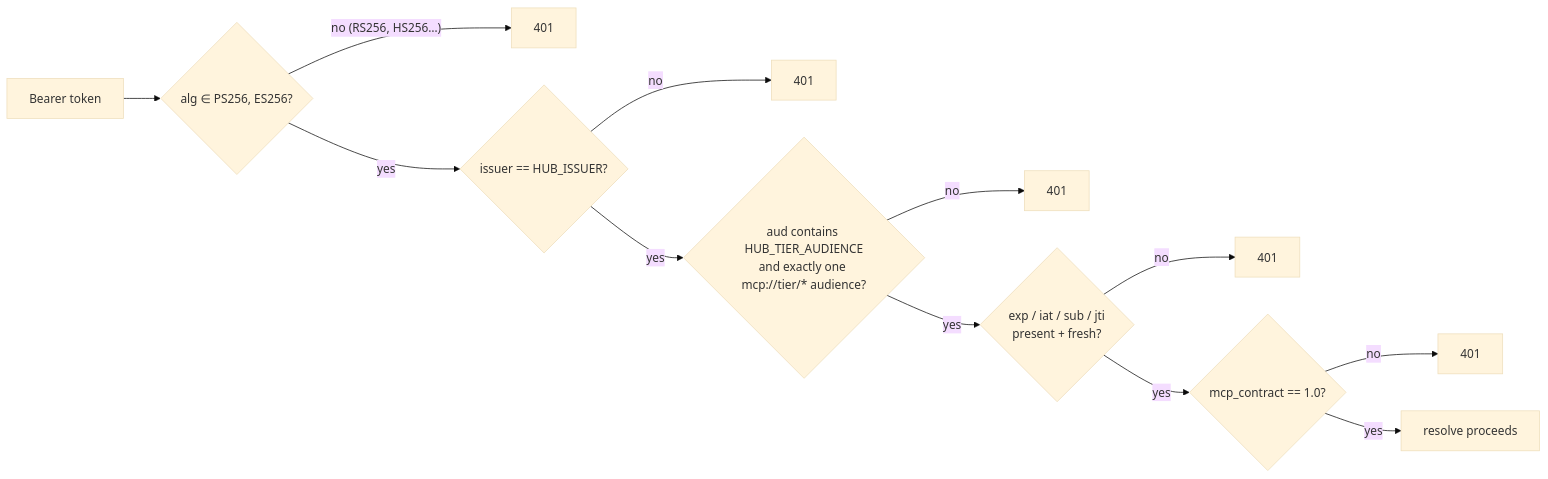
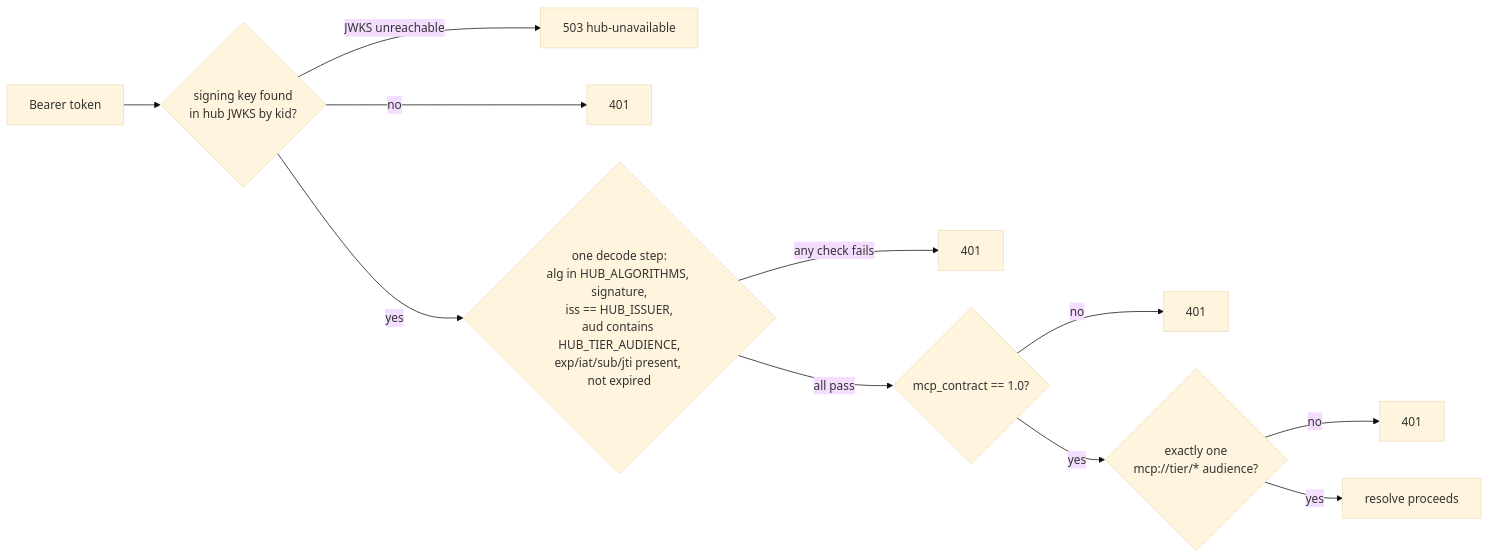
One commit to chief-builder/vendor-token-broker changed the fifth of 7 diagrams in docs/smoke-tests.md. Above: the diagram before and after it, drawn with Mermaid (base theme). The commit also changed other lines of this file and 26 other files, not shown here.

````diff
--- a/docs/smoke-tests.md
+++ b/docs/smoke-tests.md
@@ -367,14 +367,13 @@
 ```mermaid
 flowchart LR
-    A["Bearer token"] --> C{"alg ∈ PS256, ES256?"}
-    C -- "no (RS256, HS256…)" --> X1["401"]
-    C -- yes --> D{"issuer == HUB_ISSUER?"}
-    D -- no --> X2["401"]
-    D -- yes --> E{"aud contains HUB_TIER_AUDIENCE<br/>and exactly one mcp://tier/* audience?"}
-    E -- no --> X3["401"]
-    E -- yes --> F{"exp / iat / sub / jti<br/>present + fresh?"}
-    F -- no --> X4["401"]
-    F -- yes --> G{"mcp_contract == 1.0?"}
-    G -- no --> X5["401"]
-    G -- yes --> OK["resolve proceeds"]
+    A["Bearer token"] --> K{"signing key found<br/>in hub JWKS by kid?"}
+    K -- "JWKS unreachable" --> U["503 hub-unavailable"]
+    K -- "no" --> X1["401"]
+    K -- yes --> D{"one decode step:<br/>alg in HUB_ALGORITHMS, signature,<br/>iss == HUB_ISSUER,<br/>aud contains HUB_TIER_AUDIENCE,<br/>exp/iat/sub/jti present, not expired"}
+    D -- "any check fails" --> X2["401"]
+    D -- "all pass" --> G{"mcp_contract == 1.0?"}
+    G -- no --> X3["401"]
+    G -- yes --> E{"exactly one<br/>mcp://tier/* audience?"}
+    E -- no --> X4["401"]
+    E -- yes --> OK["resolve proceeds"]
 ```
````
